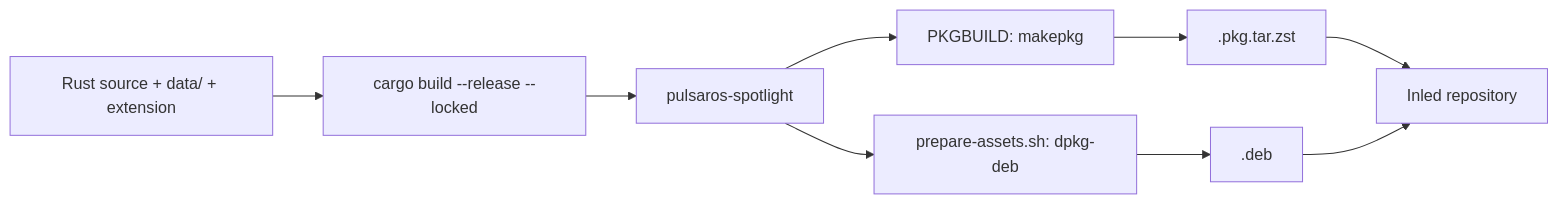
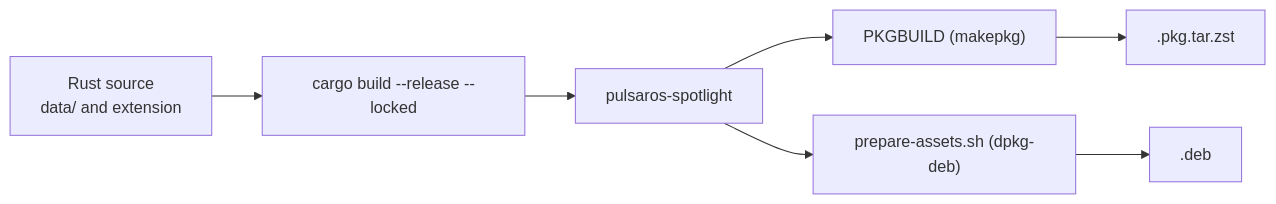
The diagram in pulsaros-spotlight-launcher/README.md (Inled-Pulsar-OS/PKG), drawn with Mermaid before and after one commit. The commit also changed other lines of this file and 1 other file, not shown here.

````diff
--- a/pulsaros-spotlight-launcher/README.md
+++ b/pulsaros-spotlight-launcher/README.md
@@ -151,11 +113,9 @@
 ```mermaid
 flowchart LR
-    src[Rust source + data/ + extension] --> cargo[cargo build --release --locked]
-    cargo --> bin[pulsaros-spotlight]
-    bin --> arch[PKGBUILD: makepkg]
-    bin --> deb[prepare-assets.sh: dpkg-deb]
-    arch --> zst[.pkg.tar.zst]
-    deb --> debf[.deb]
-    zst --> repo[Inled repository]
-    debf --> repo
+    src["Rust source<br/>data/ and extension"] --> cargo["cargo build --release --locked"]
+    cargo --> bin["pulsaros-spotlight"]
+    bin --> arch["PKGBUILD (makepkg)"]
+    bin --> deb["prepare-assets.sh (dpkg-deb)"]
+    arch --> zst[".pkg.tar.zst"]
+    deb --> debf[".deb"]
 ```
````
